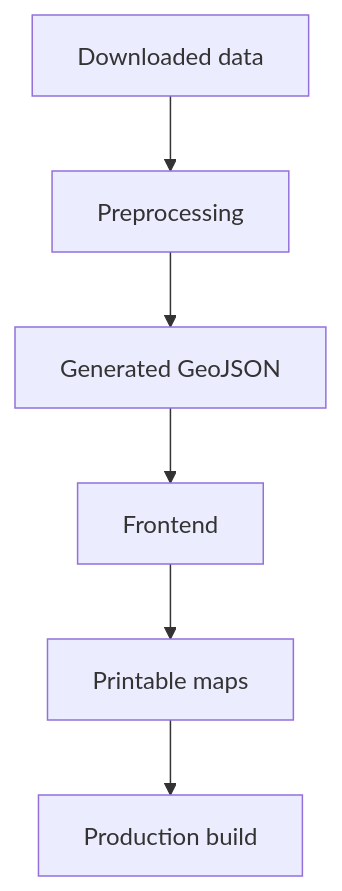
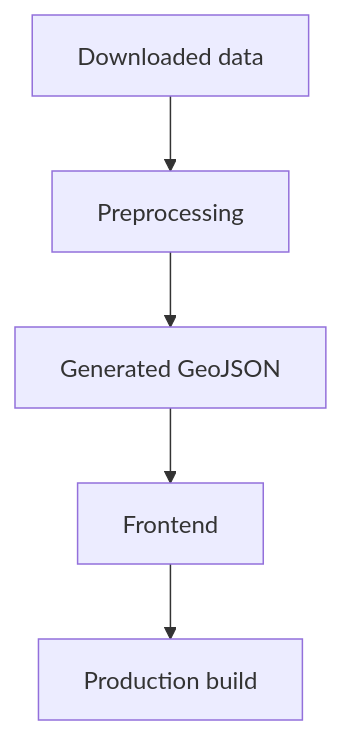
Before and after one commit to NannaSoetang/hide_and_seek: the first of 2 diagrams in README.md, drawn with Mermaid. The commit also changed other lines of this file and 24 other files, not shown here.

````diff
--- a/README.md
+++ b/README.md
@@ -126,8 +123,7 @@
 ```mermaid
 flowchart TD
   A[Downloaded data] --> B[Preprocessing]
   B --> C[Generated GeoJSON]
   C --> D[Frontend]
-  D --> E[Printable maps]
-  E --> F[Production build]
+  D --> E[Production build]
 ```
````
